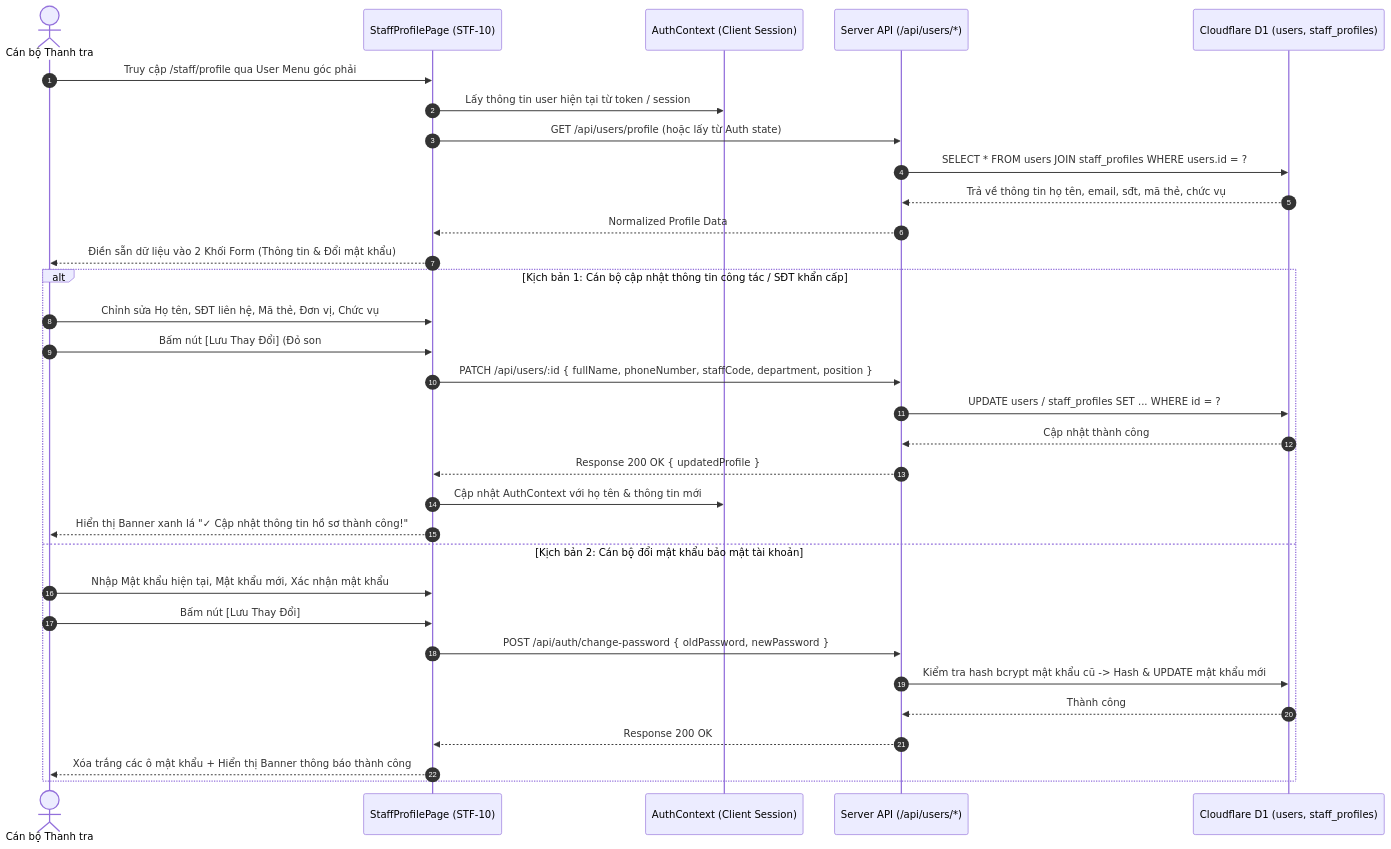
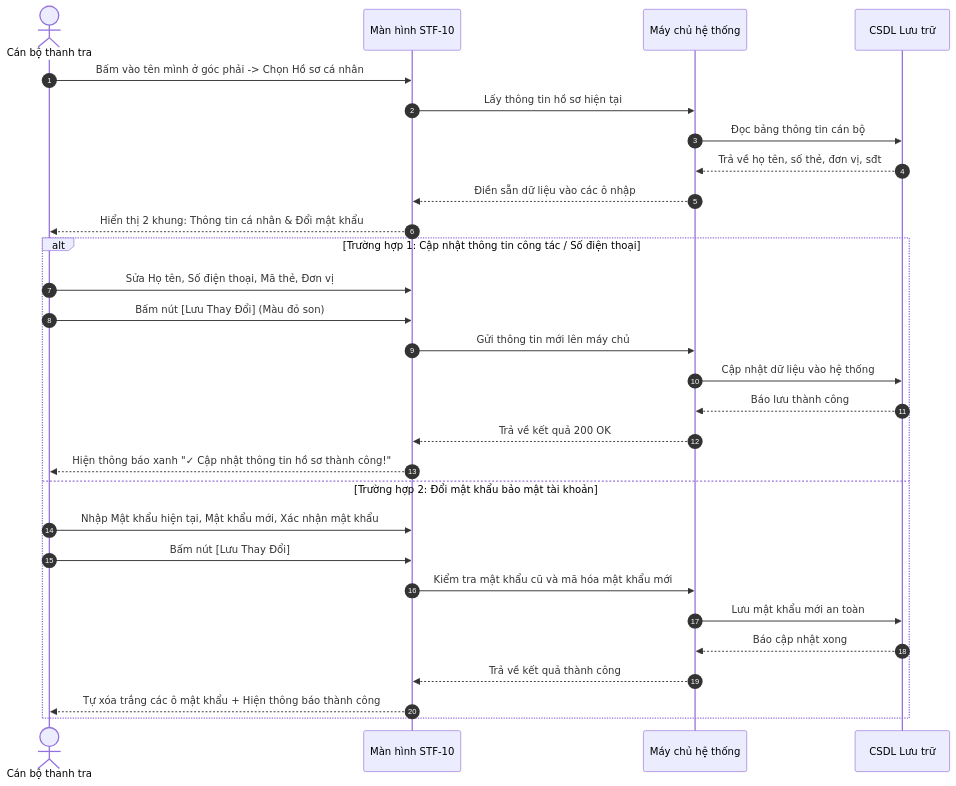
Before and after one commit to 26730023-PhamPhuNguyenHung/unicef-dustguard: the diagram in docs/product/screens/STAFF-10-profile.md, drawn with Mermaid. The commit also changed other lines of this file and 30 other files, not shown here.

````diff
--- a/docs/product/screens/STAFF-10-profile.md
+++ b/docs/product/screens/STAFF-10-profile.md
@@ -49,36 +54,33 @@
 ```mermaid
 sequenceDiagram
     autonumber
-    actor Staff as Cán bộ Thanh tra
-    participant UI as StaffProfilePage (STF-10)
-    participant Auth as AuthContext (Client Session)
-    participant API as Server API (/api/users/*)
-    participant DB as Cloudflare D1 (users, staff_profiles)
+    actor CB as Cán bộ thanh tra
+    participant MH as Màn hình STF-10
+    participant SV as Máy chủ hệ thống
+    participant DB as CSDL Lưu trữ
 
-    Staff->>UI: Truy cập /staff/profile qua User Menu góc phải
-    UI->>Auth: Lấy thông tin user hiện tại từ token / session
-    UI->>API: GET /api/users/profile (hoặc lấy từ Auth state)
-    API->>DB: SELECT * FROM users JOIN staff_profiles WHERE users.id = ?
-    DB-->>API: Trả về thông tin họ tên, email, sđt, mã thẻ, chức vụ
-    API-->>UI: Normalized Profile Data
-    UI-->>Staff: Điền sẵn dữ liệu vào 2 Khối Form (Thông tin & Đổi mật khẩu)
+    CB->>MH: Bấm vào tên mình ở góc phải -> Chọn Hồ sơ cá nhân
+    MH->>SV: Lấy thông tin hồ sơ hiện tại
+    SV->>DB: Đọc bảng thông tin cán bộ
+    DB-->>SV: Trả về họ tên, số thẻ, đơn vị, sđt
+    SV-->>MH: Điền sẵn dữ liệu vào các ô nhập
+    MH-->>CB: Hiển thị 2 khung: Thông tin cá nhân & Đổi mật khẩu
 
-    alt Kịch bản 1: Cán bộ cập nhật thông tin công tác / SĐT khẩn cấp
-        Staff->>UI: Chỉnh sửa Họ tên, SĐT liên hệ, Mã thẻ, Đơn vị, Chức vụ
-        Staff->>UI: Bấm nút [Lưu Thay Đổi] (Đỏ son #B91C1C)
-        UI->>API: PATCH /api/users/:id { fullName, phoneNumber, staffCode, department, position }
-        API->>DB: UPDATE users / staff_profiles SET ... WHERE id = ?
-        DB-->>API: Cập nhật thành công
-        API-->>UI: Response 200 OK { updatedProfile }
-        UI->>Auth: Cập nhật AuthContext với họ tên & thông tin mới
-        UI-->>Staff: Hiển thị Banner xanh lá "✓ Cập nhật thông tin hồ sơ thành công!"
-    else Kịch bản 2: Cán bộ đổi mật khẩu bảo mật tài khoản
-        Staff->>UI: Nhập Mật khẩu hiện tại, Mật khẩu mới, Xác nhận mật khẩu
-        Staff->>UI: Bấm nút [Lưu Thay Đổi]
-        UI->>API: POST /api/auth/change-password { oldPassword, newPassword }
-        API->>DB: Kiểm tra hash bcrypt mật khẩu cũ -> Hash & UPDATE mật khẩu mới
-        DB-->>API: Thành công
-        API-->>UI: Response 200 OK
-        UI-->>Staff: Xóa trắng các ô mật khẩu + Hiển thị Banner thông báo thành công
+    alt Trường hợp 1: Cập nhật thông tin công tác / Số điện thoại
+        CB->>MH: Sửa Họ tên, Số điện thoại, Mã thẻ, Đơn vị
+        CB->>MH: Bấm nút [Lưu Thay Đổi] (Màu đỏ son)
+        MH->>SV: Gửi thông tin mới lên máy chủ
+        SV->>DB: Cập nhật dữ liệu vào hệ thống
+        DB-->>SV: Báo lưu thành công
+        SV-->>MH: Trả về kết quả 200 OK
+        MH-->>CB: Hiện thông báo xanh "✓ Cập nhật thông tin hồ sơ thành công!"
+    else Trường hợp 2: Đổi mật khẩu bảo mật tài khoản
+        CB->>MH: Nhập Mật khẩu hiện tại, Mật khẩu mới, Xác nhận mật khẩu
+        CB->>MH: Bấm nút [Lưu Thay Đổi]
+        MH->>SV: Kiểm tra mật khẩu cũ và mã hóa mật khẩu mới
+        SV->>DB: Lưu mật khẩu mới an toàn
+        DB-->>SV: Báo cập nhật xong
+        SV-->>MH: Trả về kết quả thành công
+        MH-->>CB: Tự xóa trắng các ô mật khẩu + Hiện thông báo thành công
     end
 ```
````
